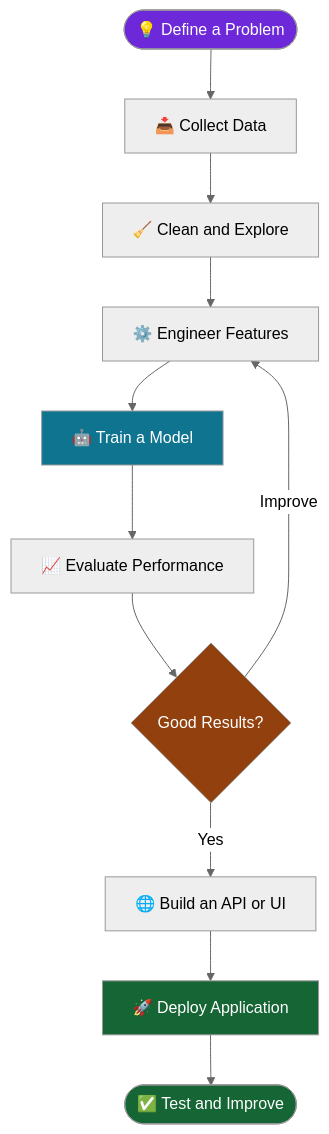
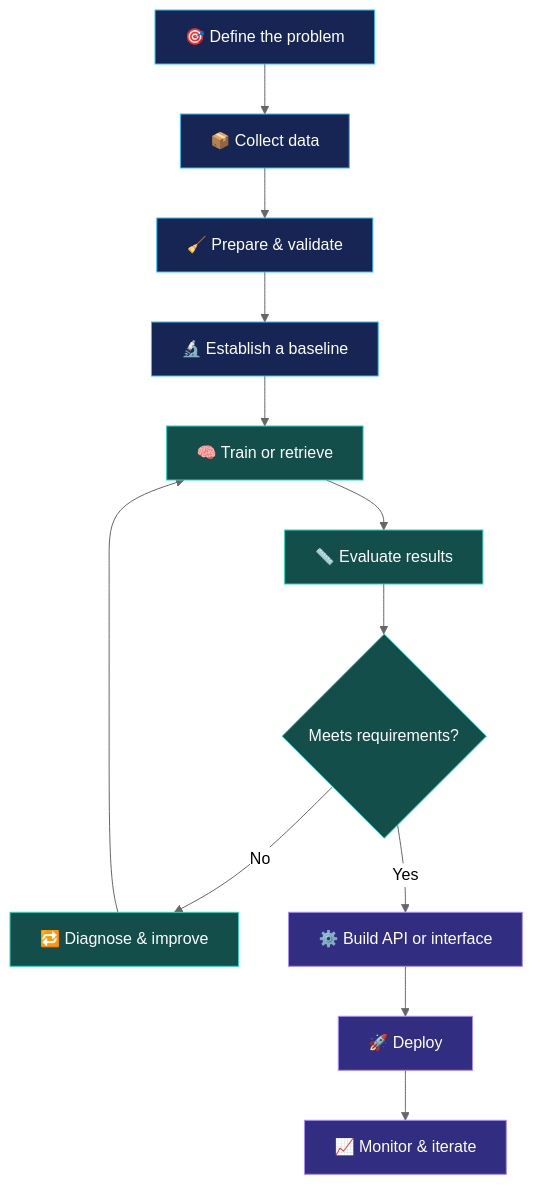
One commit to naveen057/naveen057 changed the eighth of 8 diagrams in README.md. Above: the diagram before and after it, drawn with Mermaid (neutral theme). The commit also changed other lines of this file, not shown here.

````diff
--- a/README.md
+++ b/README.md
@@ -256,19 +330,22 @@
 ```mermaid
 flowchart TD
-    A(["💡 Define a Problem"]) --> B["📥 Collect Data"]
-    B --> C["🧹 Clean and Explore"]
-    C --> D["⚙️ Engineer Features"]
-    D --> E["🤖 Train a Model"]
-    E --> F["📈 Evaluate Performance"]
-    F --> G{"Good Results?"}
-    G -- "Improve" --> D
-    G -- "Yes" --> H["🌐 Build an API or UI"]
-    H --> I["🚀 Deploy Application"]
-    I --> J(["✅ Test and Improve"])
+    A["🎯 Define the problem"] --> B["📦 Collect data"]
+    B --> C["🧹 Prepare & validate"]
+    C --> D["🔬 Establish a baseline"]
+    D --> E["🧠 Train or retrieve"]
+    E --> F["📏 Evaluate results"]
+    F --> G{"Meets requirements?"}
+    G -->|No| H["🔁 Diagnose & improve"]
+    H --> E
+    G -->|Yes| I["⚙️ Build API or interface"]
+    I --> J["🚀 Deploy"]
+    J --> K["📈 Monitor & iterate"]
 
-    style A fill:#6D28D9,color:#fff
-    style E fill:#0E7490,color:#fff
-    style G fill:#92400E,color:#fff
-    style I fill:#166534,color:#fff
-    style J fill:#166534,color:#fff
+    classDef planning fill:#172554,stroke:#38BDF8,color:#FFFFFF
+    classDef engineering fill:#134E4A,stroke:#2DD4BF,color:#FFFFFF
+    classDef delivery fill:#312E81,stroke:#A78BFA,color:#FFFFFF
+
+    class A,B,C,D planning
+    class E,F,G,H engineering
+    class I,J,K delivery
 ```
````
